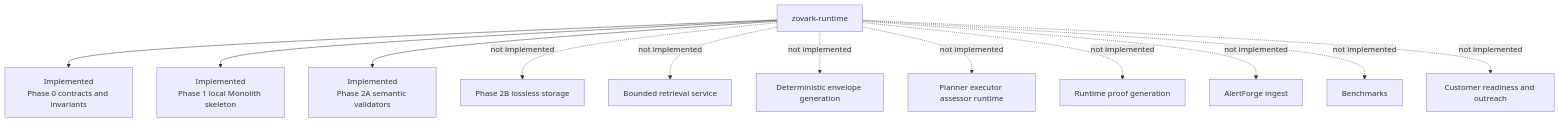
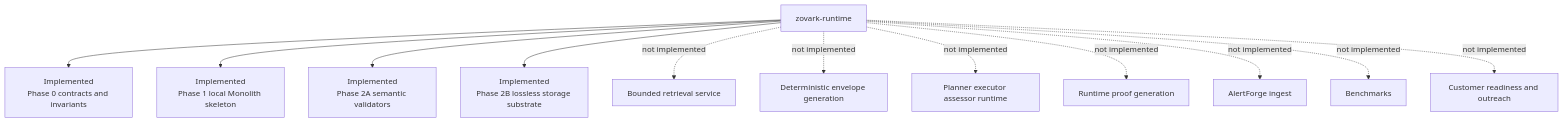
The first of 4 diagrams in docs/current-system-diagram.md (7inaydas-cmyk/zovark-runtime), drawn with Mermaid before and after one commit. The commit also changed other lines of this file and 18 other files, not shown here.

First line of the commit message:
Add lossless investigation memory storage (#5)

````diff
--- a/docs/current-system-diagram.md
+++ b/docs/current-system-diagram.md
@@ -8,16 +8,16 @@
 ```mermaid
 flowchart TD
     R[zovark-runtime]
     R --> P0[Implemented<br/>Phase 0 contracts and invariants]
     R --> P1[Implemented<br/>Phase 1 local Monolith skeleton]
     R --> P2A[Implemented<br/>Phase 2A semantic validators]
+    R --> P2B[Implemented<br/>Phase 2B lossless storage substrate]
 
-    R -. not implemented .-> S[Phase 2B lossless storage]
     R -. not implemented .-> RET[Bounded retrieval service]
     R -. not implemented .-> ENV[Deterministic envelope generation]
     R -. not implemented .-> RUN[Planner executor assessor runtime]
     R -. not implemented .-> PROOF[Runtime proof generation]
     R -. not implemented .-> AF[AlertForge ingest]
     R -. not implemented .-> BENCH[Benchmarks]
     R -. not implemented .-> CUST[Customer readiness and outreach]
 ```
````
